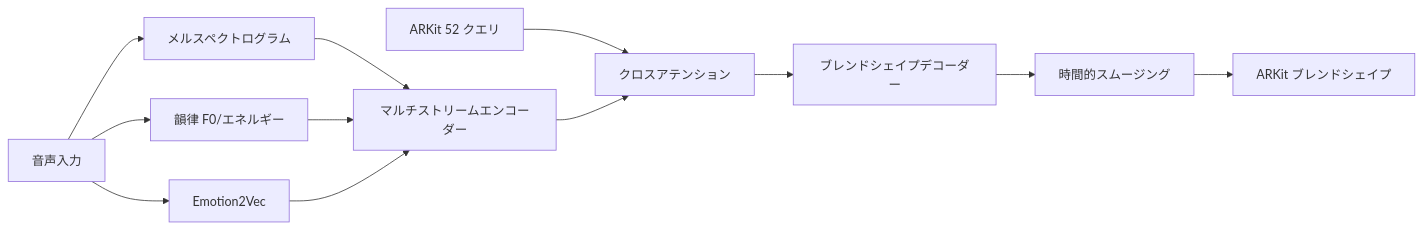
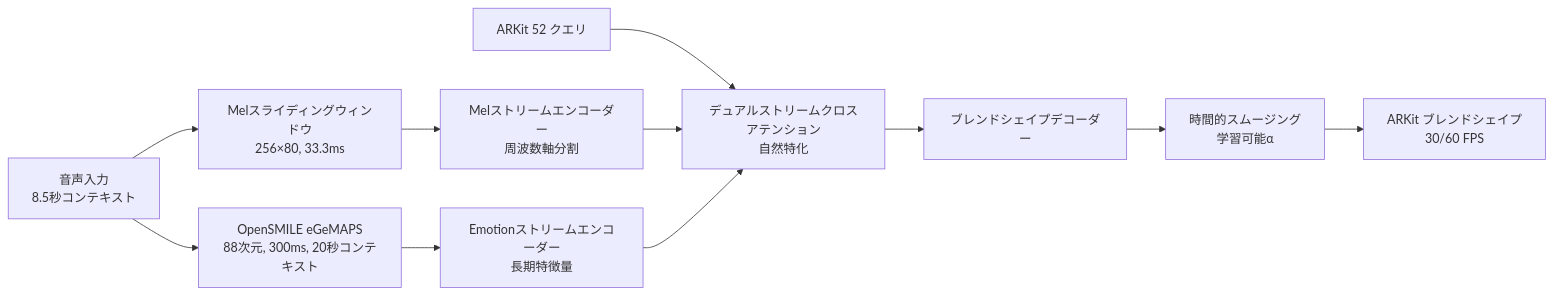
The diagram in README.ja.md (atsuki-ichikawa/KoeMorph), drawn with Mermaid before and after one commit. The commit also changed other lines of this file and 24 other files, not shown here.

First line of the commit message:
Add 60fps support and sequential dual-stream architecture

````diff
--- a/README.ja.md
+++ b/README.ja.md
@@ -22,17 +27,16 @@
 ```mermaid
 graph LR
-    A[音声入力] --> B[メルスペクトログラム]
-    A --> C[韻律 F0/エネルギー]
-    A --> D[Emotion2Vec]
+    A[音声入力<br/>8.5秒コンテキスト] --> B[Melスライディングウィンドウ<br/>256×80, 33.3ms]
+    A --> C[OpenSMILE eGeMAPS<br/>88次元, 300ms, 20秒コンテキスト]
     
-    B --> E[マルチストリームエンコーダー]
-    C --> E
-    D --> E
+    B --> D[Melストリームエンコーダー<br/>周波数軸分割]
+    C --> E[Emotionストリームエンコーダー<br/>長期特徴量]
     
-    F[ARKit 52 クエリ] --> G[クロスアテンション]
+    F[ARKit 52 クエリ] --> G[デュアルストリームクロスアテンション<br/>自然特化]
+    D --> G
     E --> G
     
     G --> H[ブレンドシェイプデコーダー]
-    H --> I[時間的スムージング]
-    I --> J[ARKit ブレンドシェイプ]
+    H --> I[時間的スムージング<br/>学習可能α]
+    I --> J[ARKit ブレンドシェイプ<br/>30/60 FPS]
 ```
````
